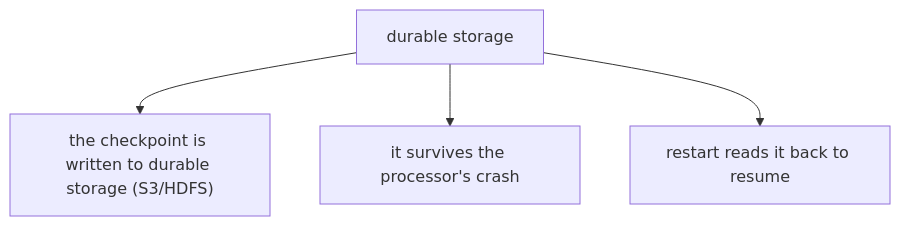
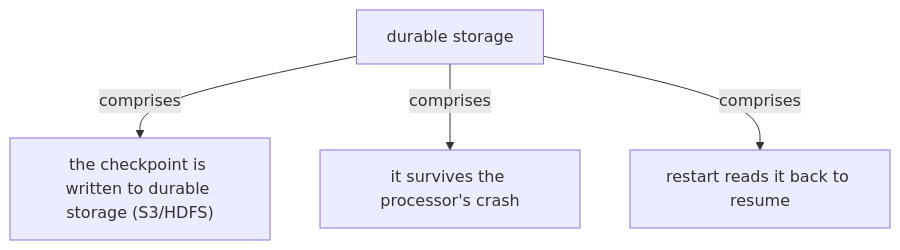
Before and after one commit to vinayakuber/streaming-systems-study-guide: the seventh of 19 diagrams in docs/ch07-the-practicalities-of-persistent-state.md, drawn with Mermaid. The commit also changed other lines of this file and 22 other files, not shown here.

First line of the commit message:
R18: label every diagram arrow with its meaning

````diff
--- a/docs/ch07-the-practicalities-of-persistent-state.md
+++ b/docs/ch07-the-practicalities-of-persistent-state.md
@@ -179,7 +179,7 @@
 ```mermaid
 flowchart TD
   R["durable storage"]
-  R --> P0["the checkpoint is written to durable storage (S3/HDFS)"]
-  R --> P1["it survives the processor's crash"]
-  R --> P2["restart reads it back to resume"]
+  R -->|"comprises"| P0["the checkpoint is written to durable storage (S3/HDFS)"]
+  R -->|"comprises"| P1["it survives the processor's crash"]
+  R -->|"comprises"| P2["restart reads it back to resume"]
 ```
````
